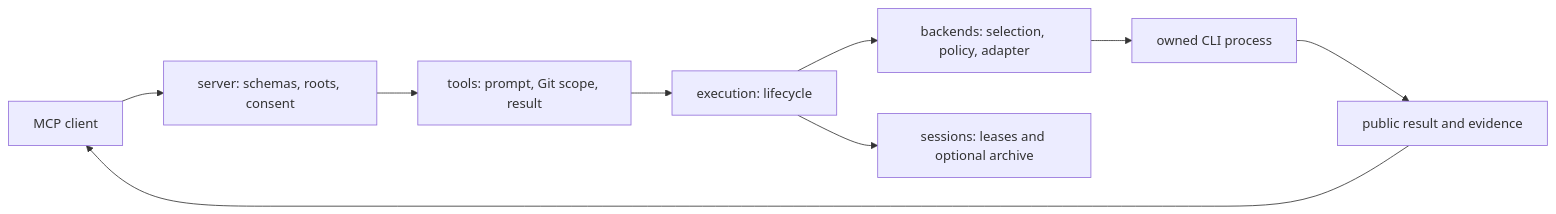
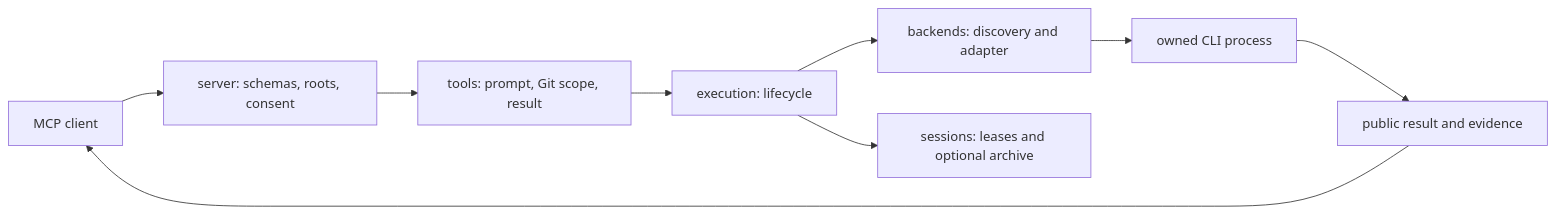
The first of 2 diagrams in docs/ARCHITECTURE.md (oktawianwybieralski/coagent8), drawn with Mermaid before and after one commit. The commit also changed other lines of this file and 6 other files, not shown here.

```diff
--- a/docs/ARCHITECTURE.md
+++ b/docs/ARCHITECTURE.md
@@ -23,11 +24,11 @@
 ~~~mermaid
 flowchart LR
     Host["MCP client"] --> Server["server: schemas, roots, consent"]
     Server --> Tools["tools: prompt, Git scope, result"]
     Tools --> Controller["execution: lifecycle"]
-    Controller --> Backend["backends: selection, policy, adapter"]
+    Controller --> Backend["backends: discovery and adapter"]
     Backend --> Process["owned CLI process"]
     Controller --> Session["sessions: leases and optional archive"]
     Process --> Result["public result and evidence"]
     Result --> Host
 ~~~
```
